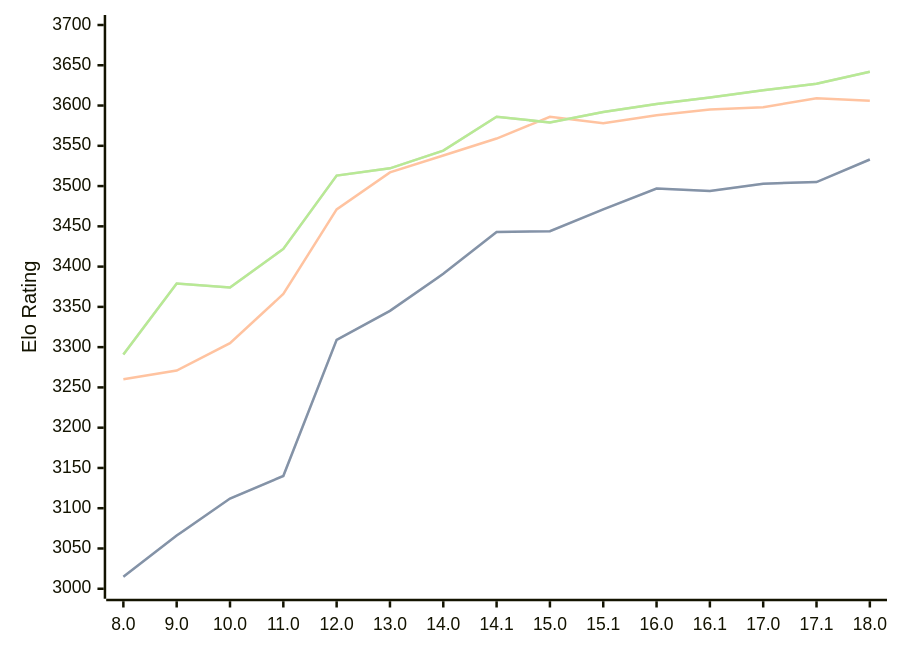
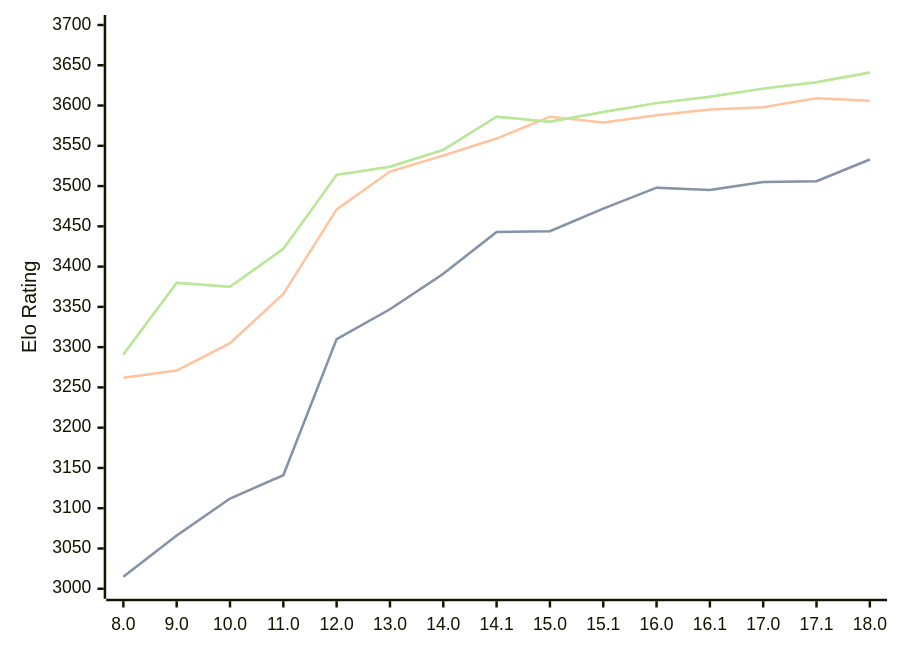
Before and after one commit to computer-chess-index/cci: the diagram in engines/Stockfish.md, drawn with Mermaid. The commit also changed other lines of this file, not shown here.

Commit message:
Update CCI Ratings (ELO VLTC) - 2026-04-01

````diff
--- a/engines/Stockfish.md
+++ b/engines/Stockfish.md
@@ -46,11 +46,11 @@
 ```mermaid
 %%{init: {"theme":"base","themeVariables":{"seriesColors:['#a3a3a3','#222221','#faa371']}}}%%
 xychart-beta
   x-axis ["8.0", "9.0", "10.0", "11.0", "12.0", "13.0", "14.0", "14.1", "15.0", "15.1", "16.0", "16.1", "17.0", "17.1", "18.0"]
   y-axis "Elo Rating" 3000 --> 3700
-  line "STC (8.0+0.08s)" [3015, 3066, 3112, 3140, 3309, 3345, 3391, 3443, 3444, 3471, 3497, 3494, 3503, 3505, 3533]
-  line "STC (8.0+0.08s)" [3015, 3066, 3112, 3140, 3309, 3345, 3391, 3443, 3444, 3471, 3497, 3494, 3503, 3505, 3533]
-  line "LTC (60.0+0.60s)" [3260, 3271, 3305, 3366, 3471, 3517, 3538, 3559, 3586, 3578, 3588, 3595, 3598, 3609, 3606]
-  line "VLTC (2m24s+1.12s)" [3291, 3379, 3374, 3422, 3513, 3522, 3544, 3586, 3579, 3592, 3602, 3610, 3619, 3627, 3642]
-  line "VLTC (2m24s+1.12s)" [3291, 3379, 3374, 3422, 3513, 3522, 3544, 3586, 3579, 3592, 3602, 3610, 3619, 3627, 3642]
+  line "STC (8.0+0.08s)" [3015, 3066, 3112, 3141, 3310, 3347, 3391, 3443, 3444, 3472, 3498, 3495, 3505, 3506, 3533]
+  line "STC (8.0+0.08s)" [3015, 3066, 3112, 3141, 3310, 3347, 3391, 3443, 3444, 3472, 3498, 3495, 3505, 3506, 3533]
+  line "LTC (60.0+0.60s)" [3262, 3271, 3305, 3366, 3471, 3518, 3538, 3559, 3586, 3579, 3588, 3595, 3598, 3609, 3606]
+  line "VLTC (2m24s+1.12s)" [3291, 3380, 3375, 3422, 3514, 3524, 3545, 3586, 3580, 3592, 3603, 3611, 3621, 3629, 3641]
+  line "VLTC (2m24s+1.12s)" [3291, 3380, 3375, 3422, 3514, 3524, 3545, 3586, 3580, 3592, 3603, 3611, 3621, 3629, 3641]
 ```
````
